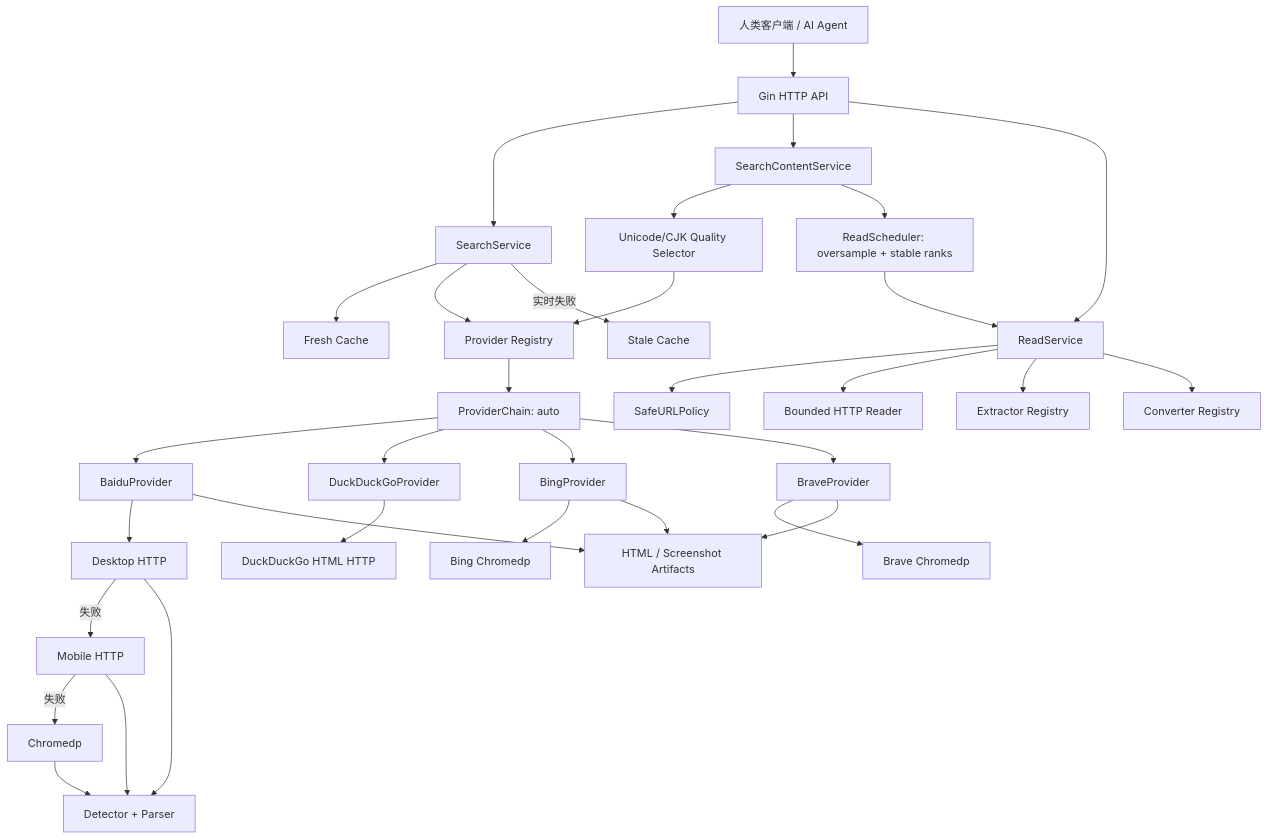
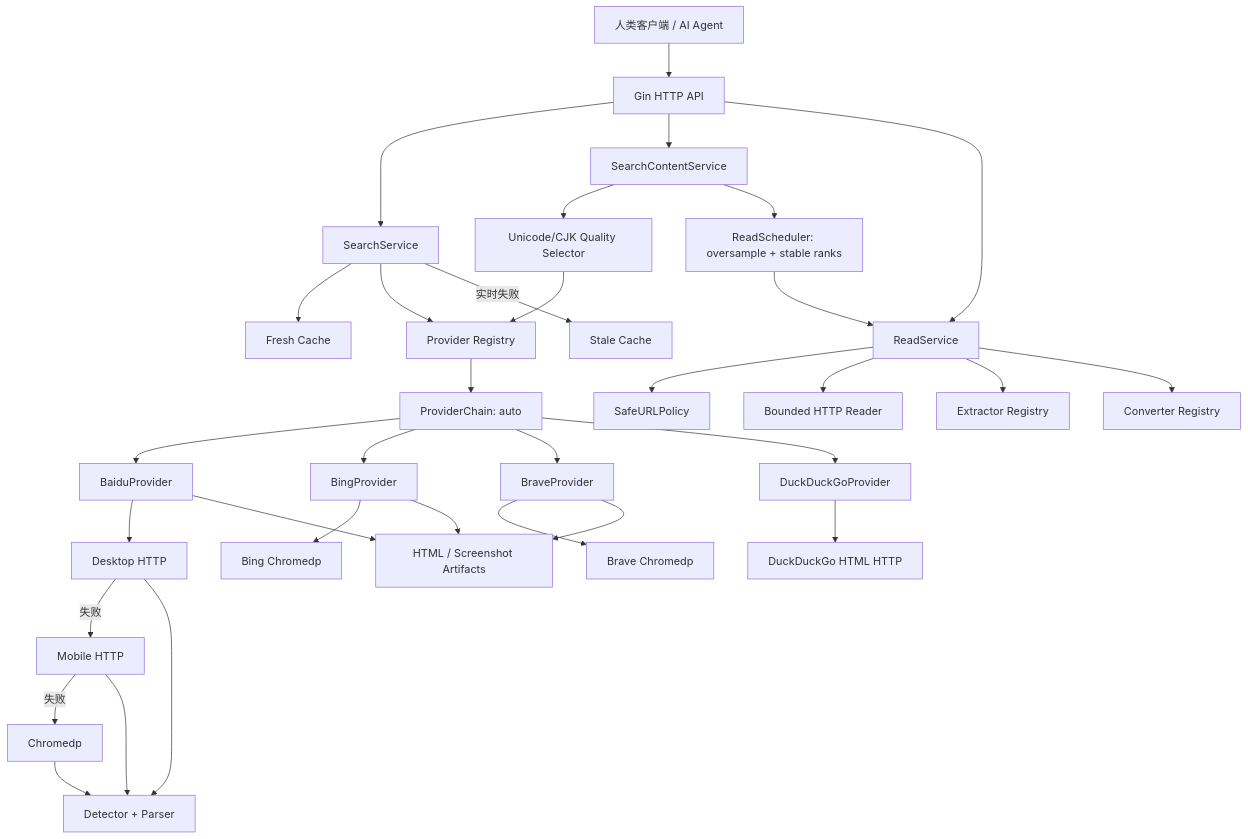
The diagram in README.md (ZoeImport/search-x), drawn with Mermaid before and after one commit. The commit also changed other lines of this file and 11 other files, not shown here.

````diff
--- a/README.md
+++ b/README.md
@@ -9,35 +9,35 @@
 ```mermaid
 flowchart TD
     Client["人类客户端 / AI Agent"] --> Gin["Gin HTTP API"]
     Gin --> Service["SearchService"]
     Service --> Fresh["Fresh Cache"]
     Service --> Registry["Provider Registry"]
     Registry --> Auto["ProviderChain: auto"]
     Auto --> Baidu["BaiduProvider"]
-    Auto --> Duck["DuckDuckGoProvider"]
     Auto --> Bing["BingProvider"]
     Auto --> Brave["BraveProvider"]
+    Auto --> Duck["DuckDuckGoProvider"]
     Baidu --> Desktop["Desktop HTTP"]
     Desktop -->|失败| Mobile["Mobile HTTP"]
     Mobile -->|失败| Chrome["Chromedp"]
     Desktop --> Detector["Detector + Parser"]
     Mobile --> Detector
     Chrome --> Detector
     Duck --> DuckHTTP["DuckDuckGo HTML HTTP"]
     Bing --> BingChrome["Bing Chromedp"]
     Brave --> BraveChrome["Brave Chromedp"]
     Gin --> Combined["SearchContentService"]
     Combined --> Quality["Unicode/CJK Quality Selector"]
     Quality --> Registry
     Combined --> Scheduler["ReadScheduler: oversample + stable ranks"]
     Scheduler --> ReadService
     Gin --> ReadService["ReadService"]
     ReadService --> SafeURL["SafeURLPolicy"]
     ReadService --> ReadHTTP["Bounded HTTP Reader"]
     ReadService --> Extract["Extractor Registry"]
     ReadService --> Convert["Converter Registry"]
     Service -->|实时失败| Stale["Stale Cache"]
     Baidu --> Artifacts["HTML / Screenshot Artifacts"]
     Bing --> Artifacts
     Brave --> Artifacts
 ```
````
